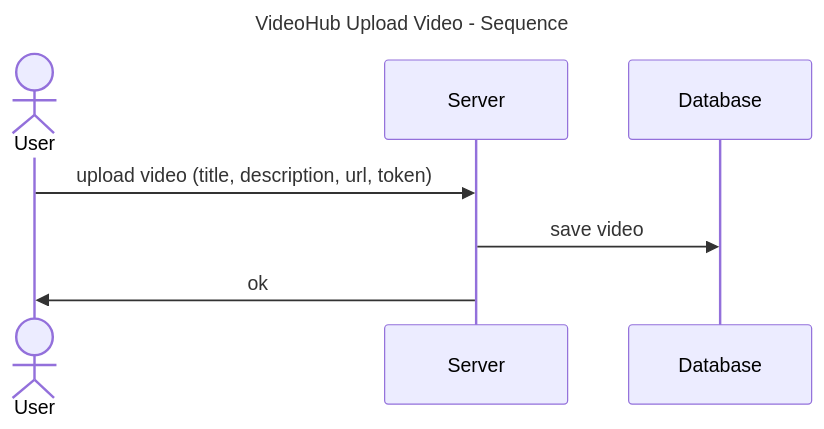
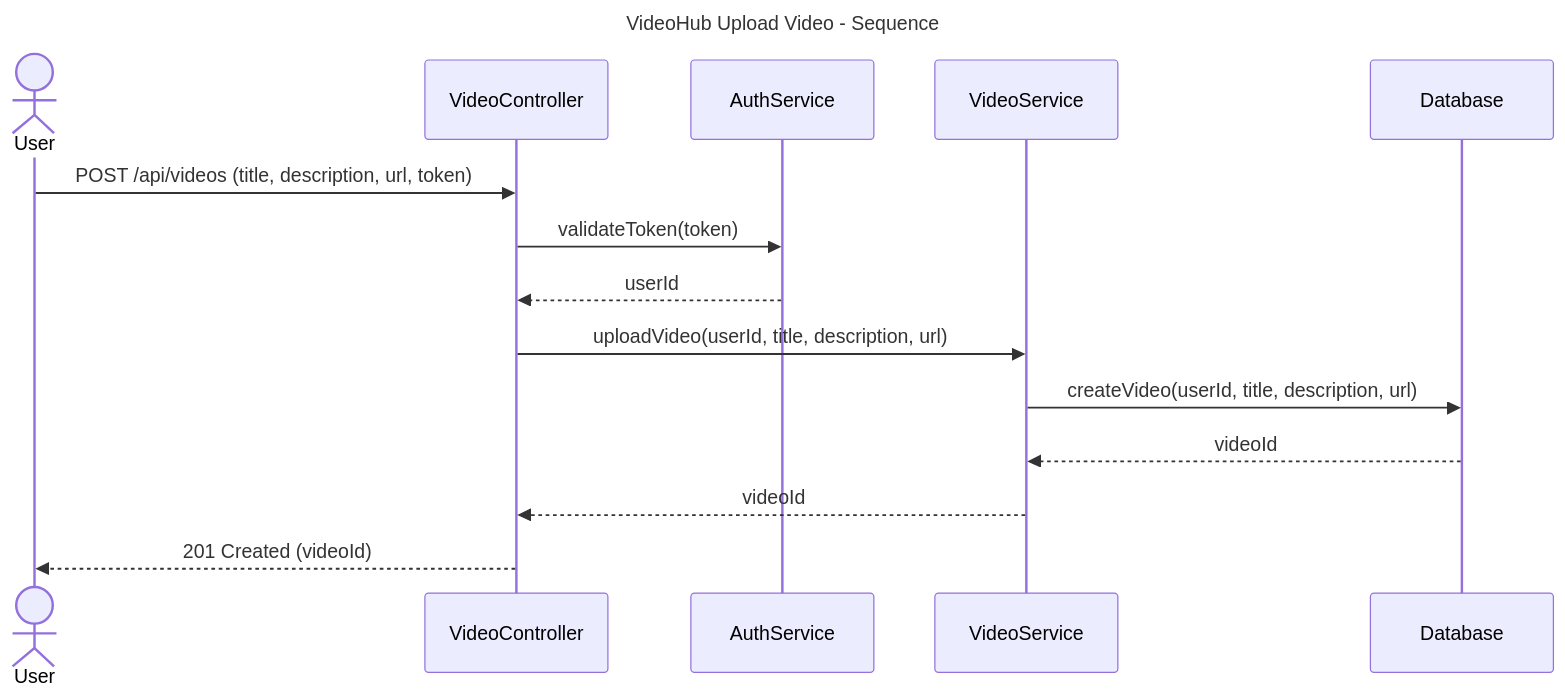
Before and after one commit to ezpectus/kpi2__Mavpz-Labs: the diagram in Labs/lab3-sequence/model/sequence.mmd, drawn with Mermaid.

Commit message:
fix - split server into components + return messages

```diff
--- a/Labs/lab3-sequence/model/sequence.mmd
+++ b/Labs/lab3-sequence/model/sequence.mmd
@@ -1,11 +1,18 @@
 ---
 title: VideoHub Upload Video - Sequence
 ---
 sequenceDiagram
     actor User
-    participant Server
+    participant VideoController
+    participant AuthService
+    participant VideoService
     participant Database
 
-    User->>Server: upload video (title, description, url, token)
-    Server->>Database: save video
-    Server->>User: ok
+    User->>VideoController: POST /api/videos (title, description, url, token)
+    VideoController->>AuthService: validateToken(token)
+    AuthService-->>VideoController: userId
+    VideoController->>VideoService: uploadVideo(userId, title, description, url)
+    VideoService->>Database: createVideo(userId, title, description, url)
+    Database-->>VideoService: videoId
+    VideoService-->>VideoController: videoId
+    VideoController-->>User: 201 Created (videoId)
```
